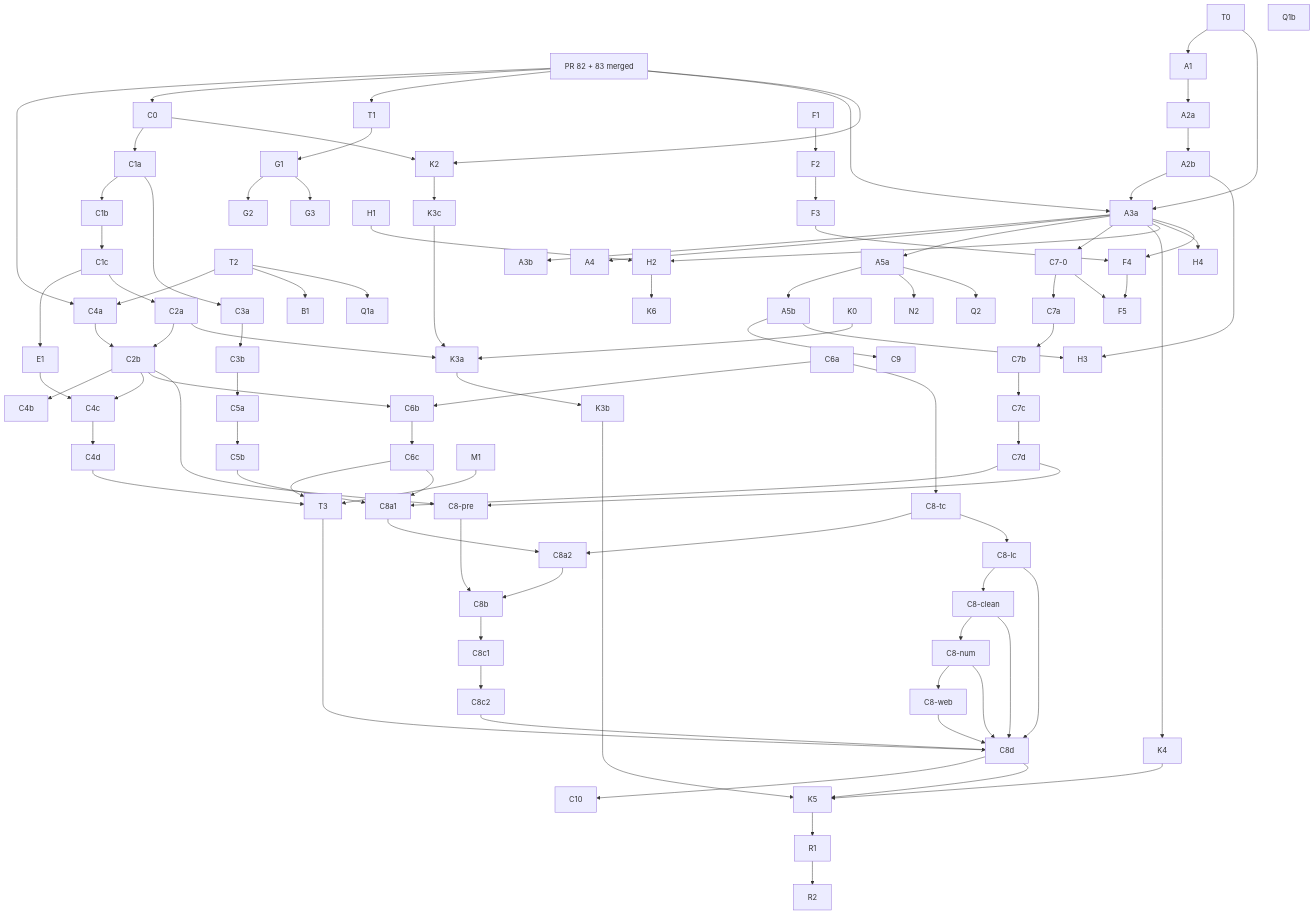
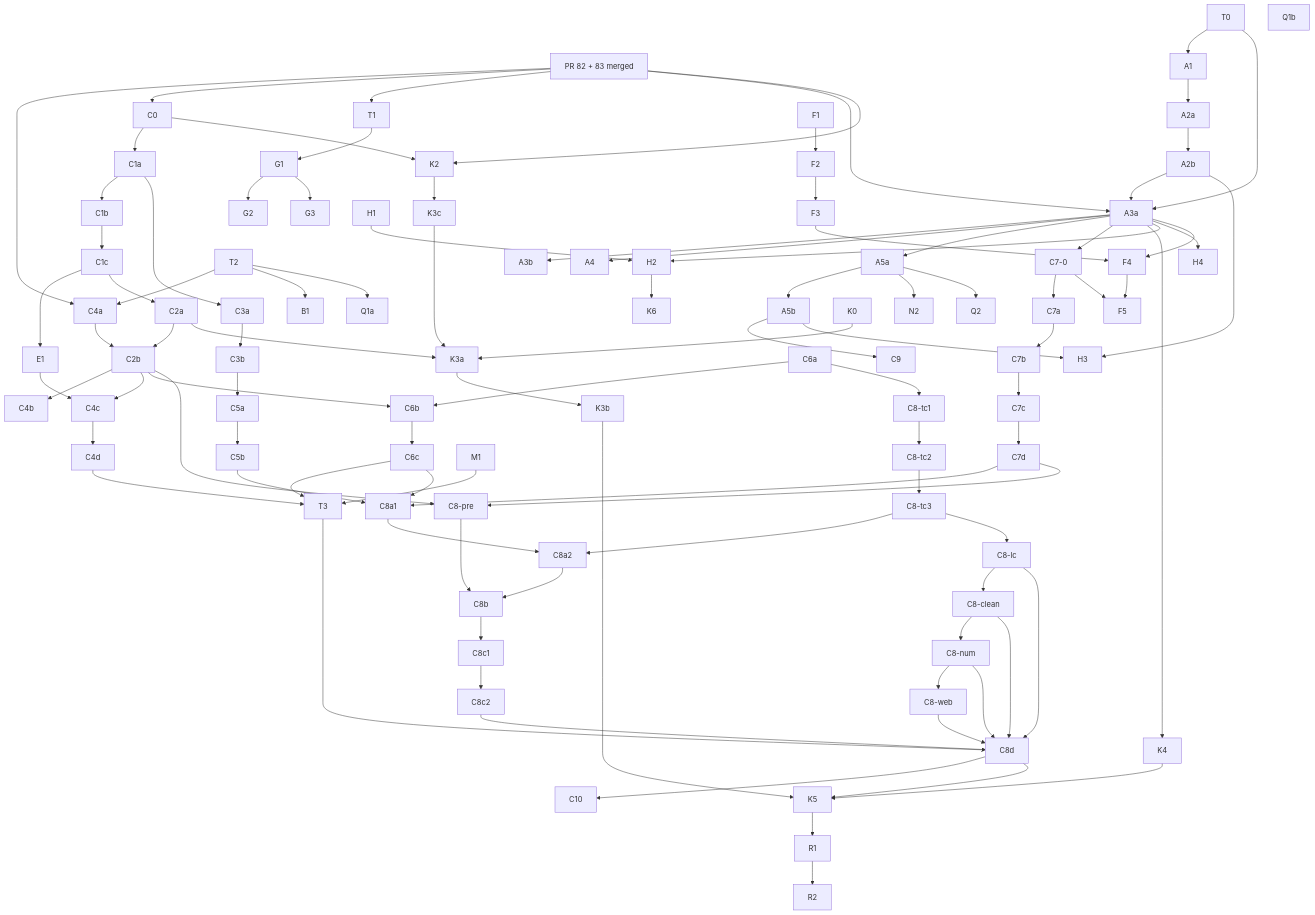
The diagram in docs/domain-modeling/pipeline-convergence-plan.md (scoizzle/Poly), drawn with Mermaid before and after one commit. The commit also changed other lines of this file and 6 other files, not shown here.

````diff
--- a/docs/domain-modeling/pipeline-convergence-plan.md
+++ b/docs/domain-modeling/pipeline-convergence-plan.md
@@ -998,70 +1016,72 @@
 ```mermaid
 flowchart TD
     PR[PR 82 + 83 merged] --> C4a
     PR --> C0
     PR --> T1
     T0 --> A1 --> A2a --> A2b --> A3a
     PR --> A3a
     T0 --> A3a
     A3a --> A3b
     A3a --> A4
     A3a --> A5a --> A5b --> C9
     A5a --> N2
     A5a --> Q2
     T2 --> C4a
     T2 --> B1
     T2 --> Q1a
     Q1b
     T1 --> G1 --> G2
     G1 --> G3
     C0 --> C1a --> C1b --> C1c --> E1
     C1c --> C2a
     C2a --> C2b
     C4a --> C2b
     C2b --> C4b
     C2b --> C4c
     E1 --> C4c --> C4d
     C1a --> C3a --> C3b --> C5a
     C5a --> C5b
     C2b --> C6b
     C6a --> C6b --> C6c
     A3a --> C7-0
     C7-0 --> C7a --> C7b --> C7c --> C7d
     C4d --> T3
     C6c --> T3
     M1 --> T3
     C5b --> C8a1
     C6c --> C8a1
     C7d --> C8a1
     C8a1 --> C8a2 --> C8b
-    C6a --> C8tc[C8-tc]
-    C8tc --> C8a2
-    C8tc --> C8lc[C8-lc]
+    C6a --> C8tc1[C8-tc1]
+    C8tc1 --> C8tc2[C8-tc2]
+    C8tc2 --> C8tc3[C8-tc3]
+    C8tc3 --> C8a2
+    C8tc3 --> C8lc[C8-lc]
     C8lc --> C8clean[C8-clean]
     C8clean --> C8num[C8-num]
     C8num --> C8web[C8-web]
     C2b --> C8pre[C8-pre]
     C7d --> C8pre
     C8pre --> C8b --> C8c1 --> C8c2 --> C8d
     T3 --> C8d
     C8lc --> C8d
     C8clean --> C8d
     C8num --> C8d
     C8web --> C8d
     C8d --> C10
     C8d --> K5
     PR --> K2 --> K3c --> K3a --> K3b --> K5
     C0 --> K2
     K0 --> K3a
     C2a --> K3a
     A3a --> K4 --> K5
     H1 --> H2 --> K6
     A3a --> H2
     A2b --> H3
     A5b --> H3
     A3a --> H4
     F1 --> F2 --> F3 --> F4 --> F5
     A3a --> F4
     C7-0 --> F5
     K5 --> R1 --> R2
 ```
````
